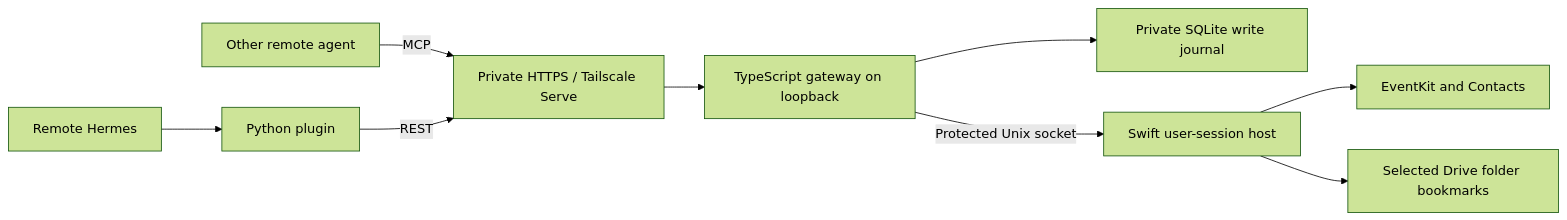
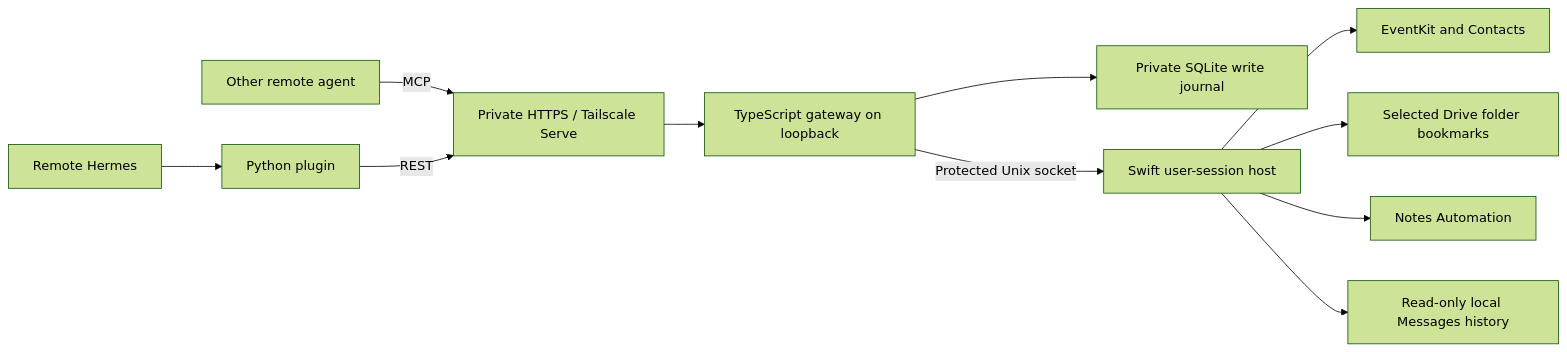
The diagram in README.md (OnPointIT-ca/iBridge), drawn with Mermaid (forest theme) before and after one commit. The commit also changed other lines of this file and 11 other files, not shown here.

Commit message:
docs: document Notes and Messages setup and bounded access

````diff
--- a/README.md
+++ b/README.md
@@ -58,11 +64,13 @@
 ```mermaid
 flowchart LR
     H[Remote Hermes] --> P[Python plugin]
     A[Other remote agent] -->|MCP| G
     P -->|REST| G[Private HTTPS / Tailscale Serve]
     G --> T[TypeScript gateway on loopback]
     T --> J[Private SQLite write journal]
     T -->|Protected Unix socket| S[Swift user-session host]
     S --> E[EventKit and Contacts]
     S --> D[Selected Drive folder bookmarks]
+    S --> N[Notes Automation]
+    S --> M[Read-only local Messages history]
 ```
````
